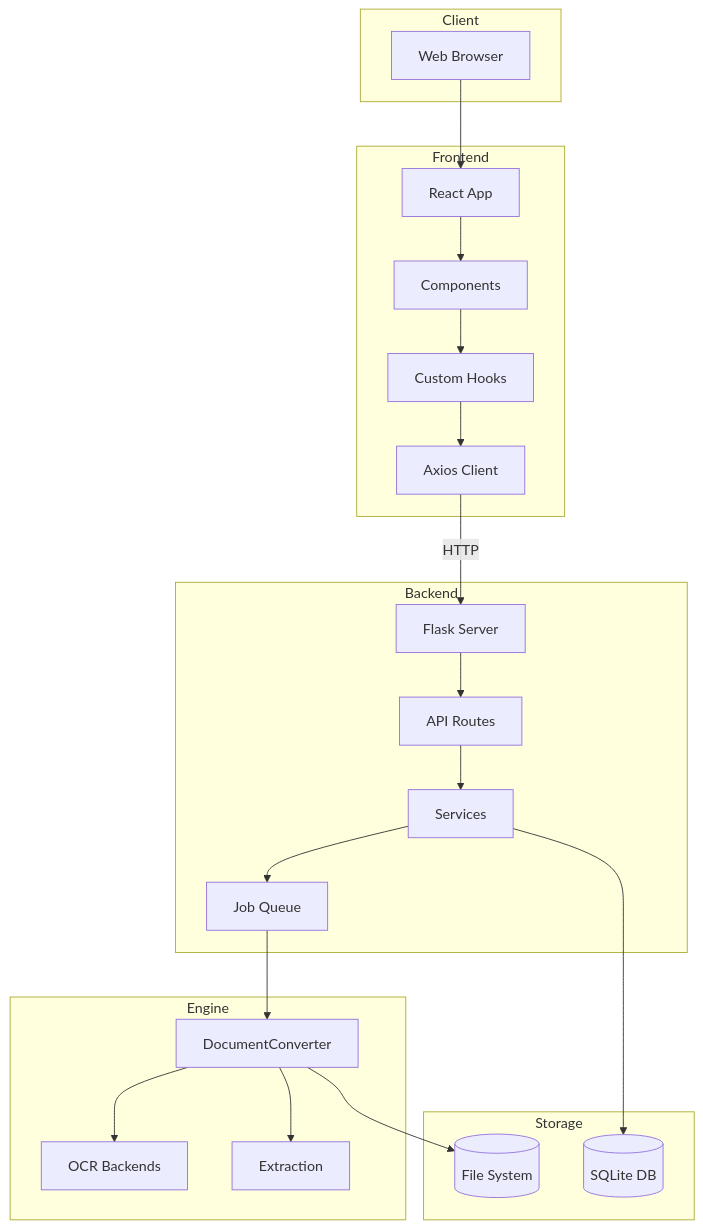
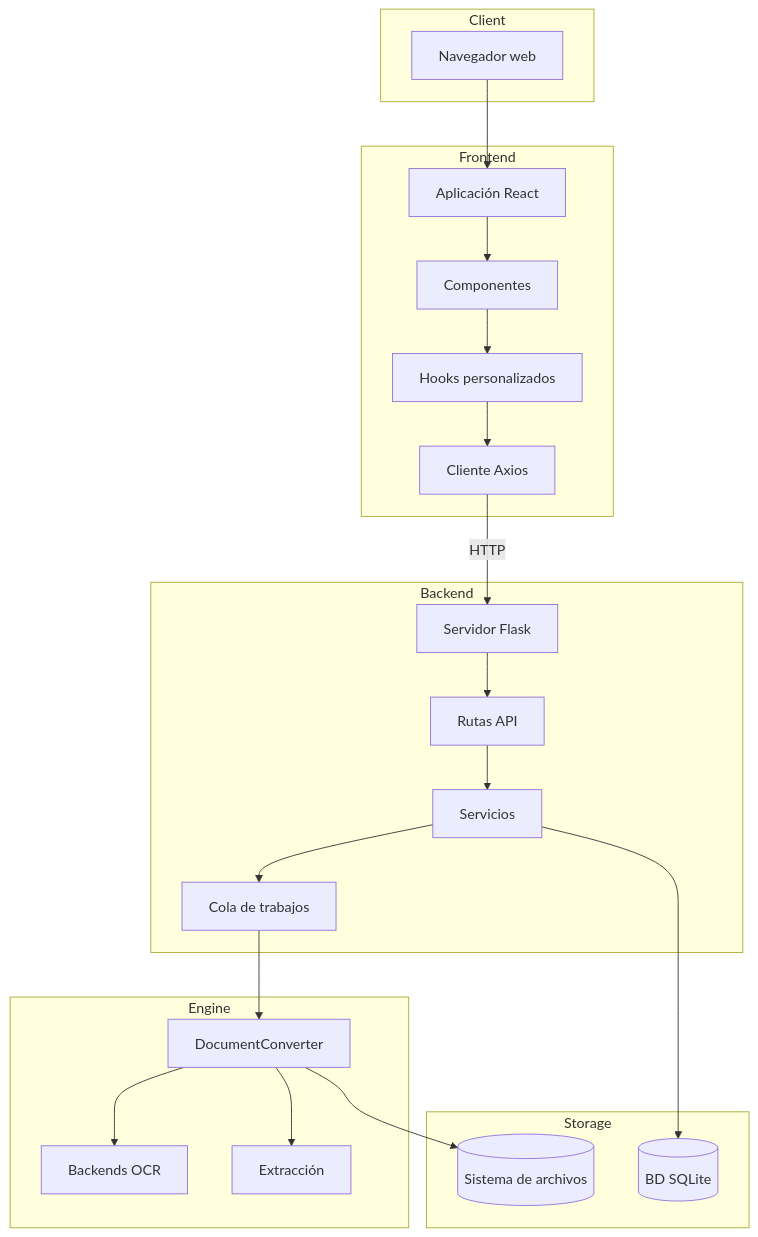
Before and after one commit to duckling-ui/duckling: the first of 2 diagrams in docs/es/architecture/overview.md, drawn with Mermaid. The commit also changed other lines of this file and 133 other files, not shown here.

````diff
--- a/docs/es/architecture/overview.md
+++ b/docs/es/architecture/overview.md
@@ -11,45 +11,45 @@
 ```mermaid
 graph TB
     subgraph Client
-        Browser[Web Browser]
+        Browser[Navegador web]
     end
 
     subgraph Frontend
-        React[React App]
-        Components[Components]
-        Hooks[Custom Hooks]
-        APIClient[Axios Client]
+        React[Aplicación React]
+        Components[Componentes]
+        Hooks[Hooks personalizados]
+        APIClient[Cliente Axios]
     end
 
     subgraph Backend
-        Flask[Flask Server]
-        Routes[API Routes]
-        Services[Services]
-        JobQueue[Job Queue]
+        Flask[Servidor Flask]
+        Routes[Rutas API]
+        Services[Servicios]
+        JobQueue[Cola de trabajos]
     end
 
     subgraph Engine
         Docling[DocumentConverter]
-        OCR[OCR Backends]
-        Extract[Extraction]
+        OCR[Backends OCR]
+        Extract[Extracción]
     end
 
     subgraph Storage
-        SQLite[(SQLite DB)]
-        FileSystem[(File System)]
+        SQLite[(BD SQLite)]
+        FileSystem[(Sistema de archivos)]
     end
 
     Browser --> React
     React --> Components
     Components --> Hooks
     Hooks --> APIClient
     APIClient -->|HTTP| Flask
     Flask --> Routes
     Routes --> Services
     Services --> JobQueue
     JobQueue --> Docling
     Docling --> OCR
     Docling --> Extract
     Services --> SQLite
     Docling --> FileSystem
 ```
````
